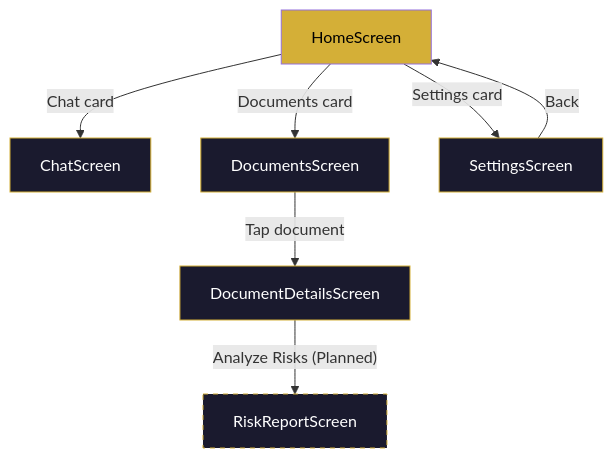
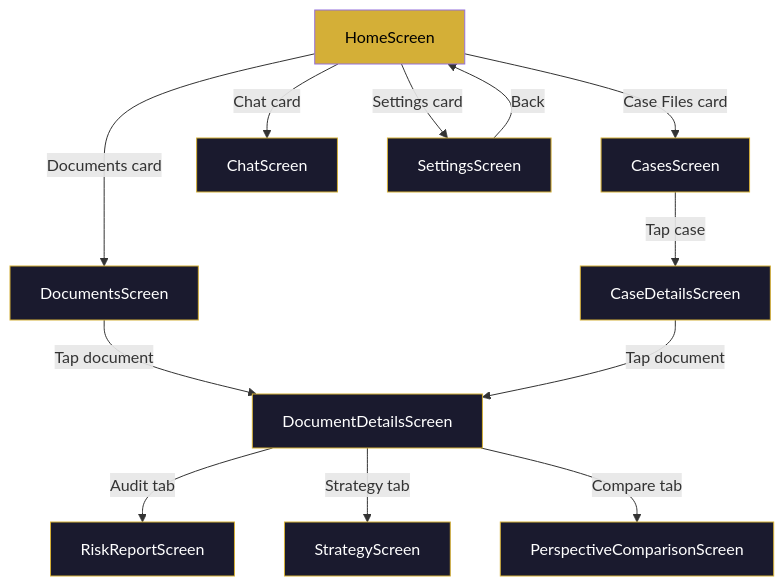
The first of 5 diagrams in docs/02-app-screens.md (Nani040905/mobile-legal-ai-assistant), drawn with Mermaid before and after one commit. The commit also changed other lines of this file and 3 other files, not shown here.

Commit message:
Update docs to reflect Phase 13 and Phase 18 architecture and roadmap

````diff
--- a/docs/02-app-screens.md
+++ b/docs/02-app-screens.md
@@ -5,16 +5,25 @@
 ```mermaid
 graph TD
-    HOME["HomeScreen"] -->|"Chat card"| CHAT["ChatScreen"]
+    HOME["HomeScreen"] -->|"Case Files card"| CASES["CasesScreen"]
+    HOME -->|"Chat card"| CHAT["ChatScreen"]
     HOME -->|"Documents card"| DOCS["DocumentsScreen"]
     HOME -->|"Settings card"| SETTINGS["SettingsScreen"]
+    CASES -->|"Tap case"| CASEDETAILS["CaseDetailsScreen"]
     DOCS -->|"Tap document"| DETAILS["DocumentDetailsScreen"]
-    DETAILS -->|"Analyze Risks (Planned)"| RISK["RiskReportScreen"]
+    CASEDETAILS -->|"Tap document"| DETAILS
+    DETAILS -->|"Audit tab"| RISK["RiskReportScreen"]
+    DETAILS -->|"Strategy tab"| STRATEGY["StrategyScreen"]
+    DETAILS -->|"Compare tab"| COMPARE["PerspectiveComparisonScreen"]
     SETTINGS -->|"Back"| HOME
 
     style HOME fill:#d4af37,color:#000
+    style CASES fill:#1a1a2e,color:#fff,stroke:#d4af37
+    style CASEDETAILS fill:#1a1a2e,color:#fff,stroke:#d4af37
     style CHAT fill:#1a1a2e,color:#fff,stroke:#d4af37
     style DOCS fill:#1a1a2e,color:#fff,stroke:#d4af37
     style SETTINGS fill:#1a1a2e,color:#fff,stroke:#d4af37
     style DETAILS fill:#1a1a2e,color:#fff,stroke:#d4af37
-    style RISK fill:#1a1a2e,color:#fff,stroke:#d4af37,stroke-dasharray: 5
+    style RISK fill:#1a1a2e,color:#fff,stroke:#d4af37
+    style STRATEGY fill:#1a1a2e,color:#fff,stroke:#d4af37
+    style COMPARE fill:#1a1a2e,color:#fff,stroke:#d4af37
 ```
````
